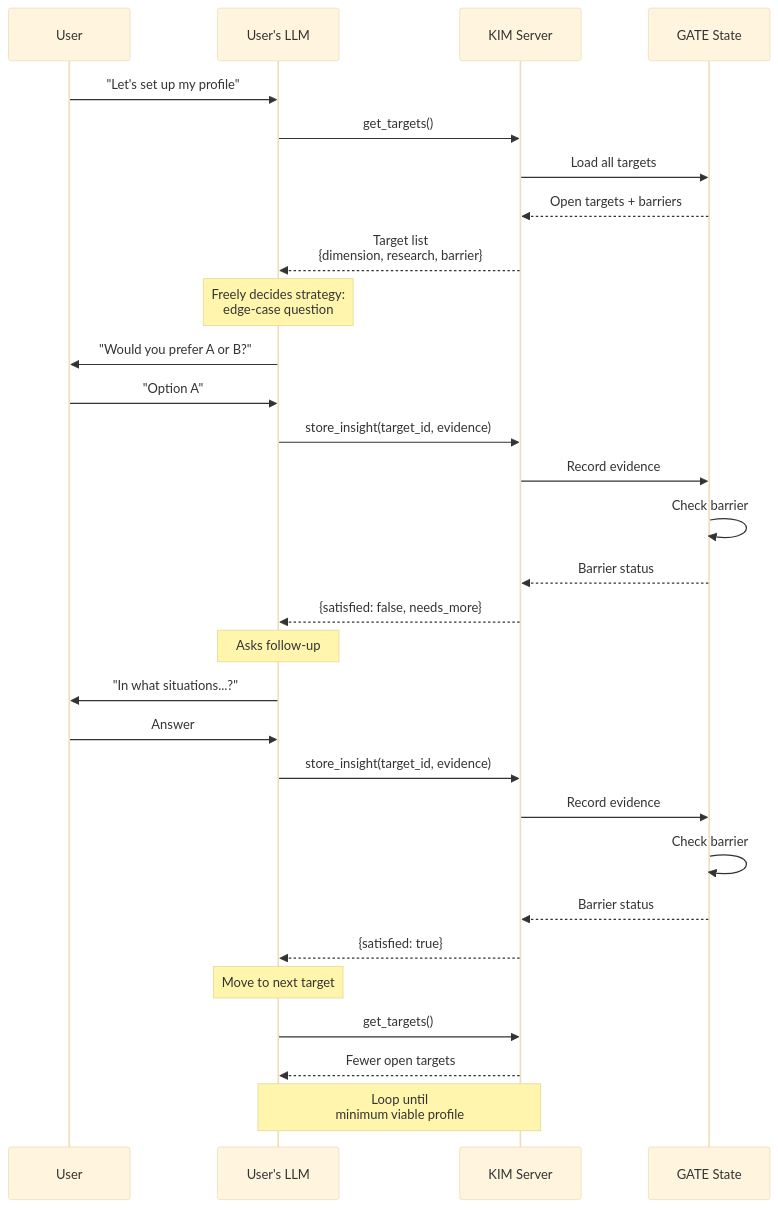
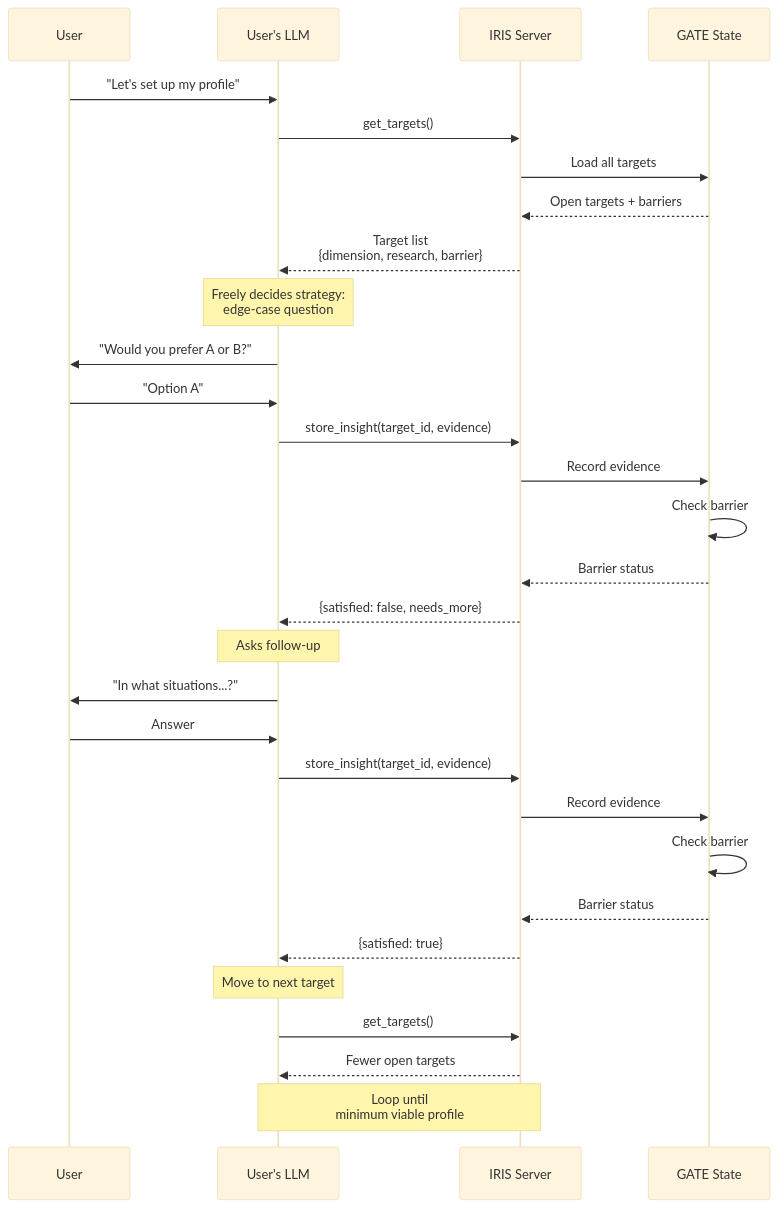
One commit to JuanWiegmann/IRIS changed the third of 6 diagrams in docs/diagrams/kim_architecture_professional.md. Above: the diagram before and after it, drawn with Mermaid (base theme). The commit also changed other lines of this file and 4 other files, not shown here.

First line of the commit message:
docs: add publication-quality diagrams for presentations

````diff
--- a/docs/diagrams/kim_architecture_professional.md
+++ b/docs/diagrams/kim_architecture_professional.md
@@ -147,43 +147,43 @@
 ```mermaid
 sequenceDiagram
     participant User
     participant LLM as User's LLM
-    participant KIM as KIM Server
+    participant IRIS as IRIS Server
     participant GATE as GATE State
 
     User->>LLM: "Let's set up my profile"
     
-    LLM->>KIM: get_targets()
-    KIM->>GATE: Load all targets
-    GATE-->>KIM: Open targets + barriers
-    KIM-->>LLM: Target list<br/>{dimension, research, barrier}
+    LLM->>IRIS: get_targets()
+    IRIS->>GATE: Load all targets
+    GATE-->>IRIS: Open targets + barriers
+    IRIS-->>LLM: Target list<br/>{dimension, research, barrier}
     
     Note over LLM: Freely decides strategy:<br/>edge-case question
     
     LLM->>User: "Would you prefer A or B?"
     User->>LLM: "Option A"
     
-    LLM->>KIM: store_insight(target_id, evidence)
-    KIM->>GATE: Record evidence
+    LLM->>IRIS: store_insight(target_id, evidence)
+    IRIS->>GATE: Record evidence
     GATE->>GATE: Check barrier
-    GATE-->>KIM: Barrier status
-    KIM-->>LLM: {satisfied: false, needs_more}
+    GATE-->>IRIS: Barrier status
+    IRIS-->>LLM: {satisfied: false, needs_more}
     
     Note over LLM: Asks follow-up
     
     LLM->>User: "In what situations...?"
     User->>LLM: Answer
     
-    LLM->>KIM: store_insight(target_id, evidence)
-    KIM->>GATE: Record evidence
+    LLM->>IRIS: store_insight(target_id, evidence)
+    IRIS->>GATE: Record evidence
     GATE->>GATE: Check barrier
-    GATE-->>KIM: Barrier status
-    KIM-->>LLM: {satisfied: true}
+    GATE-->>IRIS: Barrier status
+    IRIS-->>LLM: {satisfied: true}
     
     Note over LLM: Move to next target
     
-    LLM->>KIM: get_targets()
-    KIM-->>LLM: Fewer open targets
+    LLM->>IRIS: get_targets()
+    IRIS-->>LLM: Fewer open targets
     
-    Note over LLM,KIM: Loop until<br/>minimum viable profile
+    Note over LLM,IRIS: Loop until<br/>minimum viable profile
 ```
````
